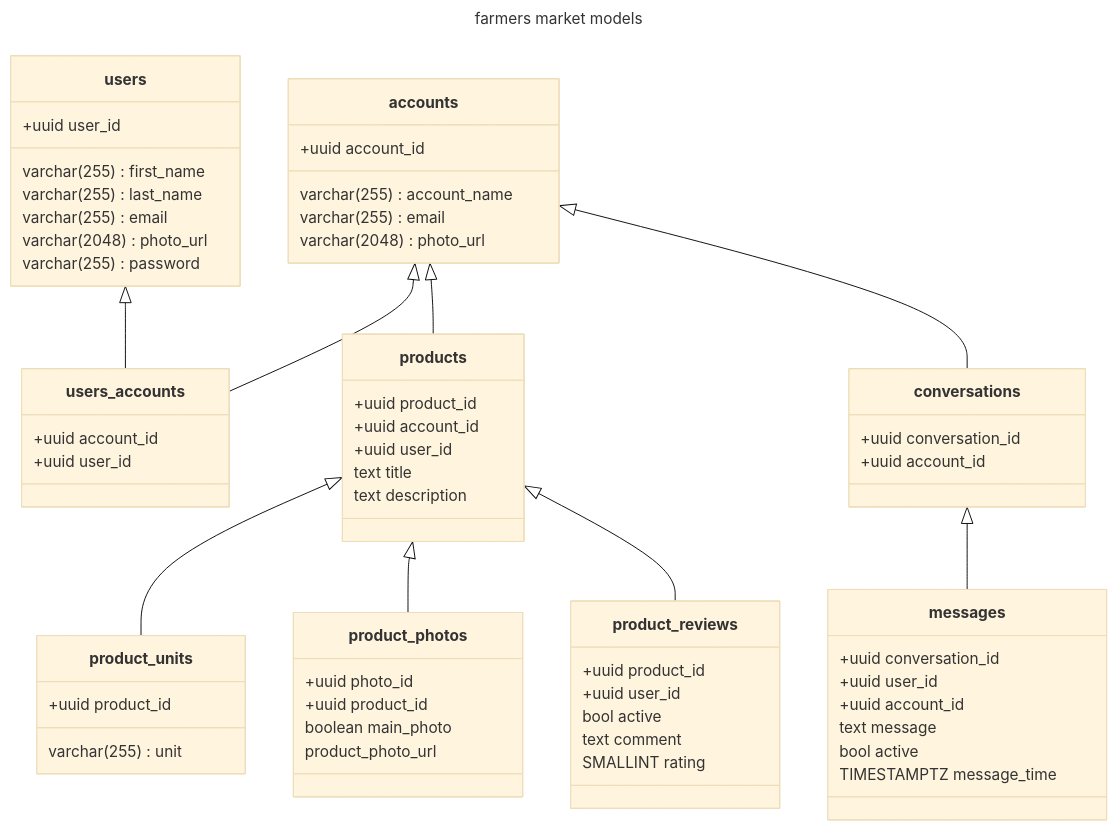
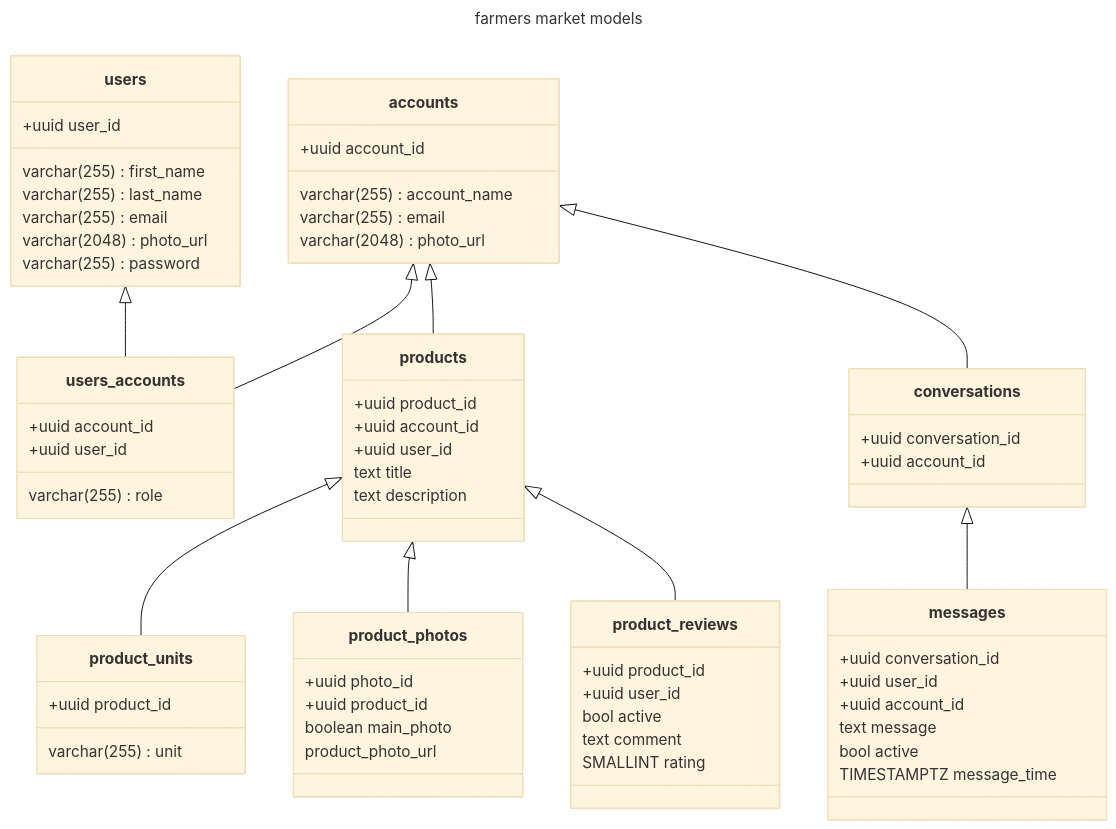
Before and after one commit to binarycornfield/farmers-market: the diagram in docs/db.md, drawn with Mermaid (base theme).

Commit message:
added role to the accounts user table. I believe havign a role will be useful for managing access

````diff
--- a/docs/db.md
+++ b/docs/db.md
@@ -1,68 +1,69 @@
 ```mermaid
 ---
 title: farmers market models
 ---
 classDiagram
     users <|-- users_accounts
     accounts <|-- users_accounts
     accounts <|-- products
     products <|-- product_units
     products <|-- product_photos
     products <|-- product_reviews 
     accounts <|-- conversations
     conversations <|-- messages
     class users
     users : +uuid user_id
     users : varchar(255) first_name
     users : varchar(255) last_name
     users : varchar(255) email
     users : varchar(2048) photo_url
     users : varchar(255) password
     class accounts
     accounts : +uuid account_id
     accounts : varchar(255) account_name
     accounts : varchar(255) email
     accounts : varchar(2048) photo_url
     class users_accounts
     users_accounts : +uuid account_id
     users_accounts : +uuid user_id
+    users_accounts : varchar(255) role
     class products
     products : +uuid product_id
     products : +uuid account_id
     products : +uuid user_id
     products : text title
     products : text description
     class product_units
     product_units : +uuid product_id
     product_units : varchar(255) unit
     class product_photos
     product_photos : +uuid photo_id
     product_photos : +uuid product_id
     product_photos : boolean main_photo
     product_photos : product_photo_url
     class product_reviews
     product_reviews : +uuid product_id
     product_reviews : +uuid user_id
     product_reviews : bool active
     product_reviews : text comment
     product_reviews : SMALLINT rating
     class messages
     messages : +uuid conversation_id
     messages : +uuid user_id  
     messages : +uuid account_id  
     messages : text message
     messages : bool active
     messages : TIMESTAMPTZ message_time
     class conversations
     conversations : +uuid conversation_id
     conversations : +uuid account_id
 
 
 
 
 
 
 
 
 
 ```
````
